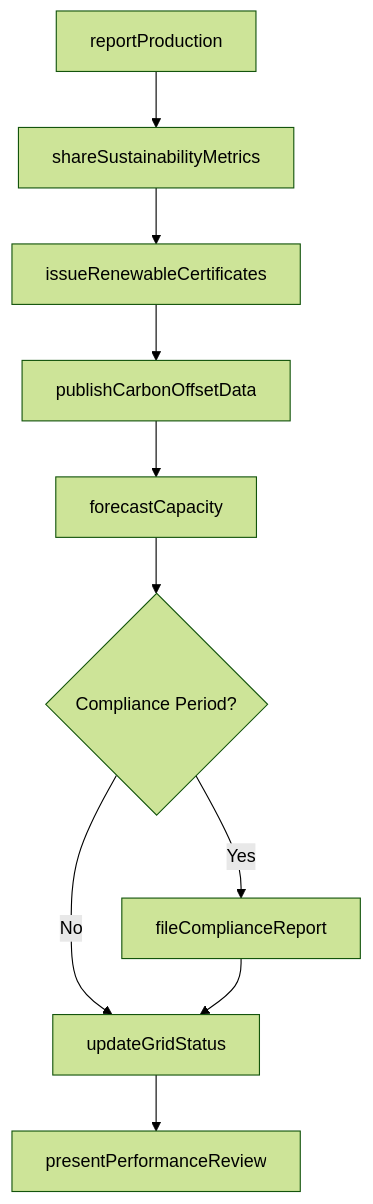
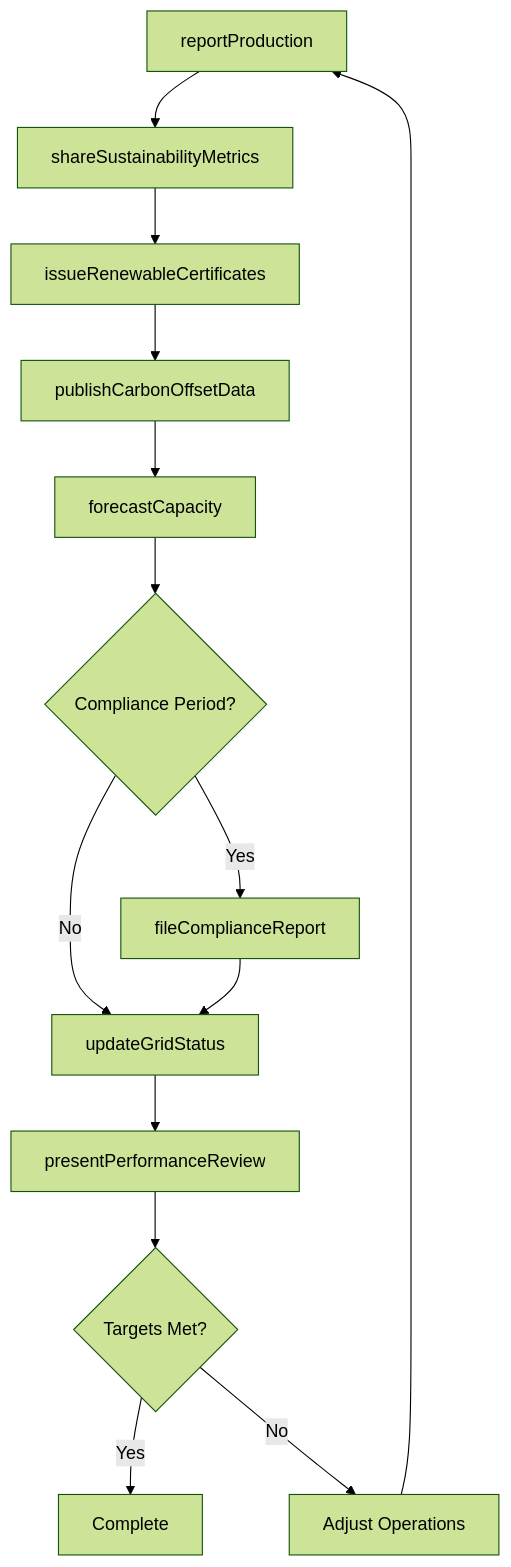
The third of 4 diagrams in CommunicatingWithSupervisorsPeersOrSubordinates/CommunicateEnvironmentalOrSustainabilityInformation/CommunicateGreenEnergyProductionInformation.mdx (dot-org-ai/tasks.org.ai), drawn with Mermaid (forest theme) before and after one commit. The commit also changed other lines of this file and 266 other files, not shown here.

First line of the commit message:
feat: Add ER diagrams, state diagrams to wave 2 batch (251 DWA files)

````diff
--- a/CommunicatingWithSupervisorsPeersOrSubordinates/CommunicateEnvironmentalOrSustainabilityInformation/CommunicateGreenEnergyProductionInformation.mdx
+++ b/CommunicatingWithSupervisorsPeersOrSubordinates/CommunicateEnvironmentalOrSustainabilityInformation/CommunicateGreenEnergyProductionInformation.mdx
@@ -89,12 +116,16 @@
 ```mermaid
 graph TD
     A[reportProduction] --> B[shareSustainabilityMetrics]
     B --> C[issueRenewableCertificates]
     C --> D[publishCarbonOffsetData]
     D --> E[forecastCapacity]
     E --> F{Compliance Period?}
     F -->|Yes| G[fileComplianceReport]
     F -->|No| H[updateGridStatus]
     G --> H
     H --> I[presentPerformanceReview]
+    I --> J{Targets Met?}
+    J -->|Yes| K[Complete]
+    J -->|No| L[Adjust Operations]
+    L --> A
 ```
````
